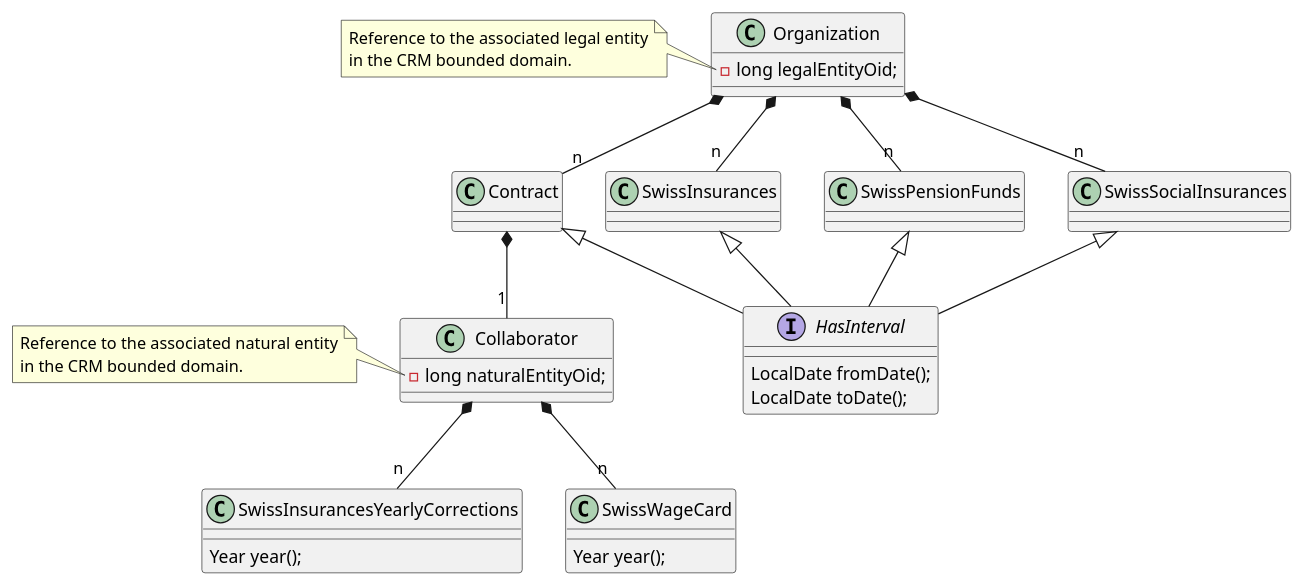
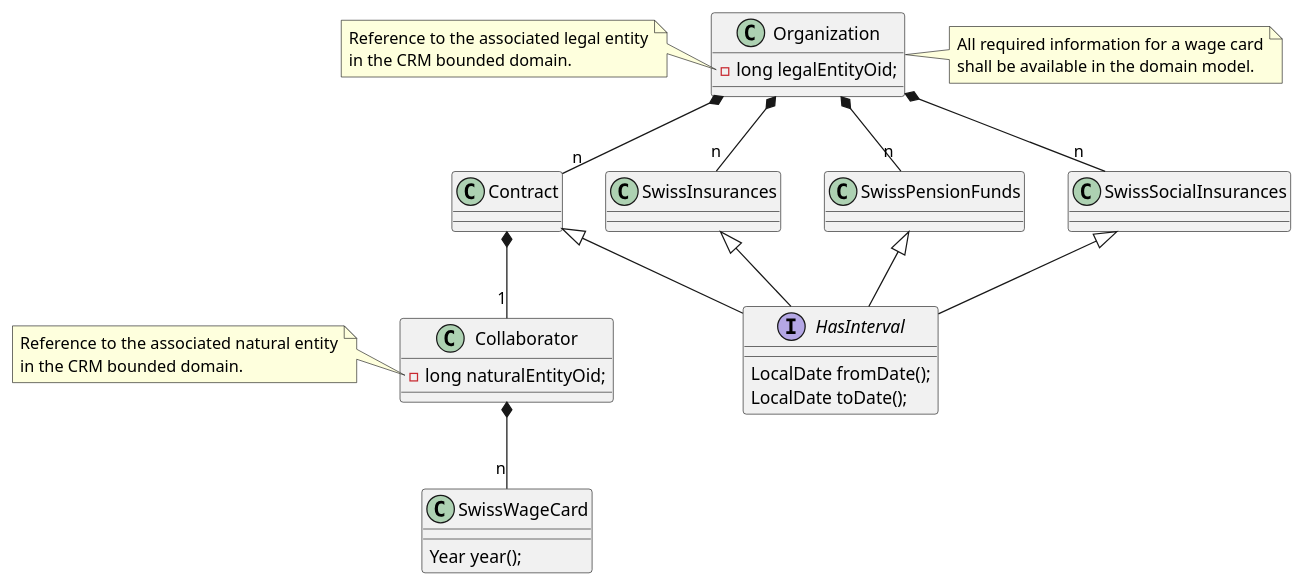
One commit to tangly-team/tangly-os changed the diagram in net.tangly.erp.collaborators/src/site/collaborators-design.adoc. Above: the diagram before and after it, drawn with PlantUML. The commit also changed other lines of this file and 105 other files, not shown here.

```diff
--- a/net.tangly.erp.collaborators/src/site/collaborators-design.adoc
+++ b/net.tangly.erp.collaborators/src/site/collaborators-design.adoc
@@ -14,56 +14,57 @@
 [plantuml,collaborators-domain,svg]
 ....
 
 interface HasInterval {
   LocalDate fromDate();
   LocalDate toDate();
-}
-
-class SwissInsurancesYearlyCorrections {
-  Year year();
 }
 
 class SwissWageCard {
   Year year();
 }
 
 class Collaborator {
   -long naturalEntityOid;
 }
 note left of Collaborator::naturalEntityOid
   Reference to the associated natural entity
   in the CRM bounded domain.
 end note
 
-Collaborator *-- "n" SwissInsurancesYearlyCorrections
 Collaborator *-- "n" SwissWageCard
 
 
 class Contract {}
 Contract <|-- HasInterval
 Contract *-- "1" Collaborator
 
 
 class SwissInsurances {}
 SwissInsurances <|-- HasInterval
 
 class SwissPensionFunds {}
 SwissPensionFunds <|-- HasInterval
 
 class SwissSocialInsurances {}
 SwissSocialInsurances <|-- HasInterval
 
 class Organization {
    -long legalEntityOid;
 }
 note left of Organization::legalEntityOid
   Reference to the associated legal entity
   in the CRM bounded domain.
 end note
 
+note right of Organization
+  All required information for a wage card
+  shall be available in the domain model.
+end note
+
+
 Organization *-- "n" Contract
 Organization *-- "n" SwissInsurances
 Organization *-- "n" SwissPensionFunds
 Organization *-- "n" SwissSocialInsurances
 
 ....
```
